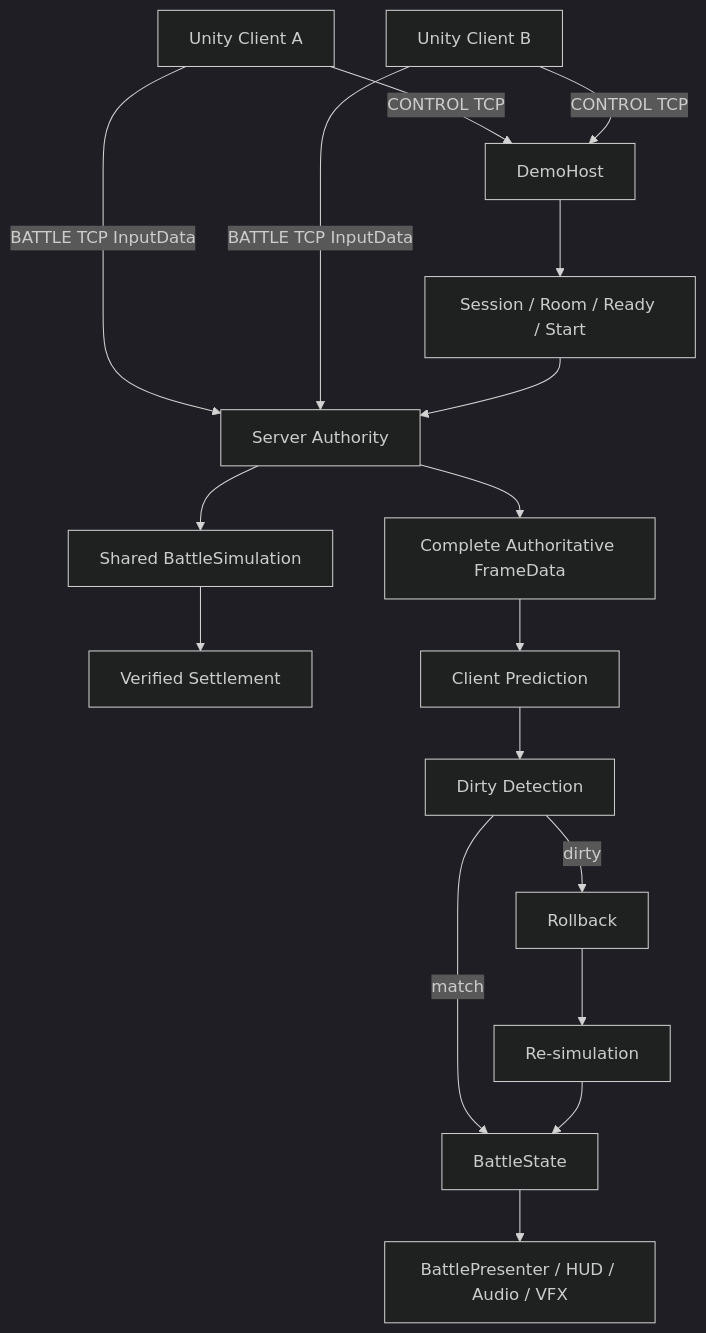
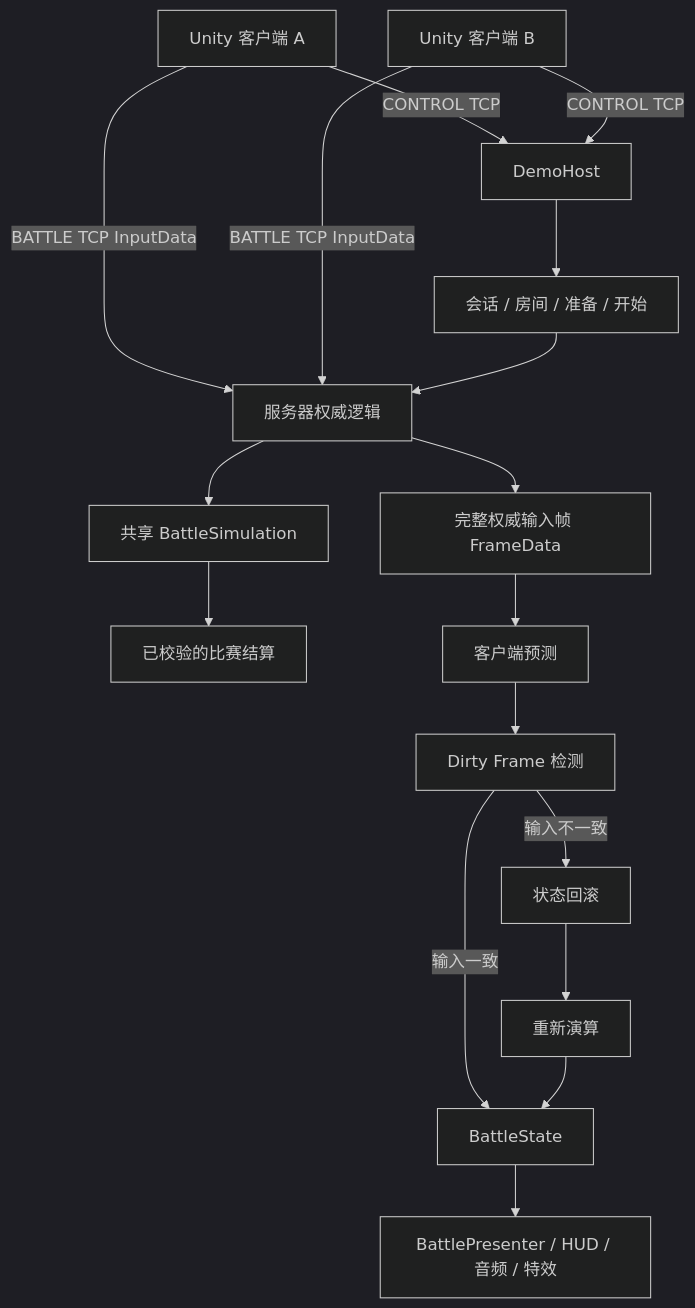
The first of 3 diagrams in Docs/ARCHITECTURE.md (shaobaichen/LockstepArena_Portfolio), drawn with Mermaid (dark theme) before and after one commit. The commit also changed other lines of this file, not shown here.

Commit message:
docs: translate Docs/ARCHITECTURE.md into Chinese

````diff
--- a/Docs/ARCHITECTURE.md
+++ b/Docs/ARCHITECTURE.md
@@ -15,19 +15,19 @@
 ```mermaid
 flowchart TB
-    A[Unity Client A] -->|CONTROL TCP| Host[DemoHost]
-    B[Unity Client B] -->|CONTROL TCP| Host
-    Host --> Rooms[Session / Room / Ready / Start]
-    A -->|BATTLE TCP InputData| Authority[Server Authority]
+    A[Unity 客户端 A] -->|CONTROL TCP| Host[DemoHost]
+    B[Unity 客户端 B] -->|CONTROL TCP| Host
+    Host --> Rooms[会话 / 房间 / 准备 / 开始]
+    A -->|BATTLE TCP InputData| Authority[服务器权威逻辑]
     B -->|BATTLE TCP InputData| Authority
     Rooms --> Authority
-    Authority --> Frames[Complete Authoritative FrameData]
-    Authority --> ServerSim[Shared BattleSimulation]
-    ServerSim --> Settlement[Verified Settlement]
-    Frames --> Prediction[Client Prediction]
-    Prediction --> Compare[Dirty Detection]
-    Compare -->|dirty| Rollback[Rollback]
-    Rollback --> Resim[Re-simulation]
-    Compare -->|match| State[BattleState]
+    Authority --> Frames[完整权威输入帧 FrameData]
+    Authority --> ServerSim[共享 BattleSimulation]
+    ServerSim --> Settlement[已校验的比赛结算]
+    Frames --> Prediction[客户端预测]
+    Prediction --> Compare[Dirty Frame 检测]
+    Compare -->|输入不一致| Rollback[状态回滚]
+    Rollback --> Resim[重新演算]
+    Compare -->|输入一致| State[BattleState]
     Resim --> State
-    State --> View[BattlePresenter / HUD / Audio / VFX]
+    State --> View[BattlePresenter / HUD / 音频 / 特效]
 ```
````
